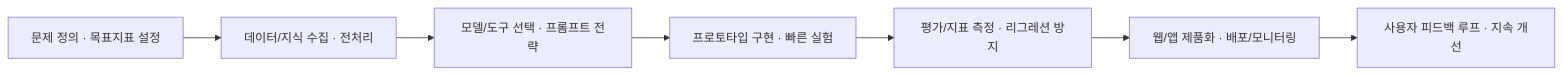
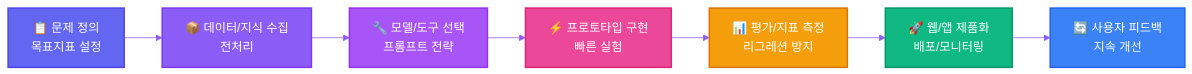
Before and after one commit to himomohi/himomohi: the second of 2 diagrams in README.md, drawn with Mermaid. The commit also changed other lines of this file, not shown here.

````diff
--- a/README.md
+++ b/README.md
@@ -94,9 +180,18 @@
 ```mermaid
+%%{init: {'theme':'base', 'themeVariables': { 'primaryColor':'#6366f1','primaryTextColor':'#fff','primaryBorderColor':'#4f46e5','lineColor':'#8b5cf6','secondaryColor':'#ec4899','tertiaryColor':'#f59e0b'}}}%%
 flowchart LR
-  A[문제 정의 · 목표지표 설정] --> B[데이터/지식 수집 · 전처리]
-  B --> C[모델/도구 선택 · 프롬프트 전략]
-  C --> D[프로토타입 구현 · 빠른 실험]
-  D --> E[평가/지표 측정 · 리그레션 방지]
-  E --> F[웹/앱 제품화 · 배포/모니터링]
-  F --> G[사용자 피드백 루프 · 지속 개선]
+  A[📋 문제 정의<br/>목표지표 설정] --> B[📦 데이터/지식 수집<br/>전처리]
+  B --> C[🔧 모델/도구 선택<br/>프롬프트 전략]
+  C --> D[⚡ 프로토타입 구현<br/>빠른 실험]
+  D --> E[📊 평가/지표 측정<br/>리그레션 방지]
+  E --> F[🚀 웹/앱 제품화<br/>배포/모니터링]
+  F --> G[🔄 사용자 피드백<br/>지속 개선]
+
+  style A fill:#6366f1,stroke:#4f46e5,stroke-width:2px,color:#fff
+  style B fill:#8b5cf6,stroke:#7c3aed,stroke-width:2px,color:#fff
+  style C fill:#a855f7,stroke:#9333ea,stroke-width:2px,color:#fff
+  style D fill:#ec4899,stroke:#db2777,stroke-width:2px,color:#fff
+  style E fill:#f59e0b,stroke:#d97706,stroke-width:2px,color:#fff
+  style F fill:#10b981,stroke:#059669,stroke-width:2px,color:#fff
+  style G fill:#3b82f6,stroke:#2563eb,stroke-width:2px,color:#fff
 ```
````
